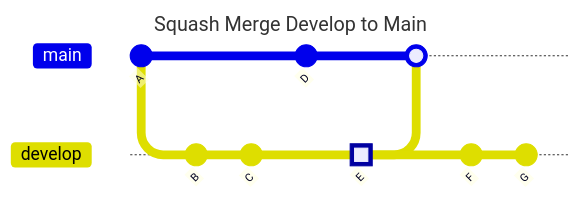
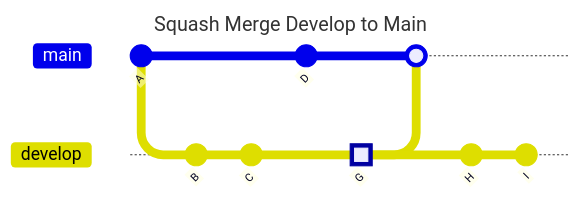
One commit to robertwalker/DemoSandbox changed diagram 16 of 19 in demos/IntermediateGit.md. Above: the diagram before and after it, drawn with Mermaid. The commit also changed other lines of this file, not shown here.

````diff
--- a/demos/IntermediateGit.md
+++ b/demos/IntermediateGit.md
@@ -377,23 +382,23 @@
 ```mermaid
 ---
 title: Squash Merge Develop to Main
 config:
   theme: default
 mainBranchName: main
 ---
 gitGraph:
     commit id: "A"
     branch develop
     checkout develop
     commit id: "B"
     commit id: "C"
     checkout main
     commit id: "D"
     checkout develop
-    commit id: "E" type: HIGHLIGHT
+    commit id: "G" type: HIGHLIGHT
     checkout main
     merge develop
     checkout develop
-    commit id: "F"
-    commit id: "G"
+    commit id: "H"
+    commit id: "I"
 ```
````
